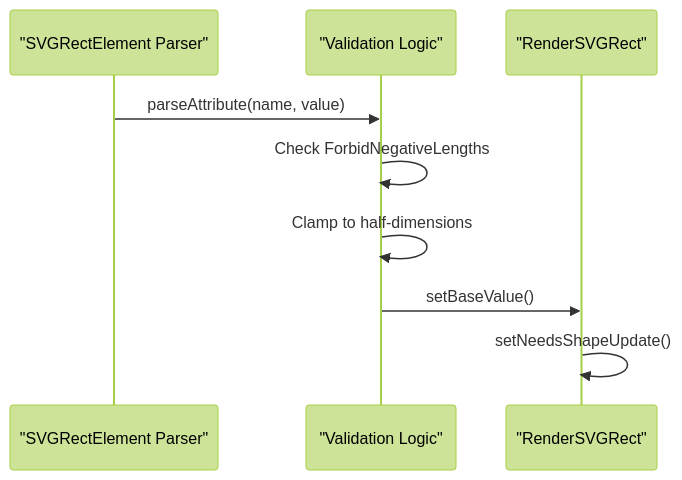
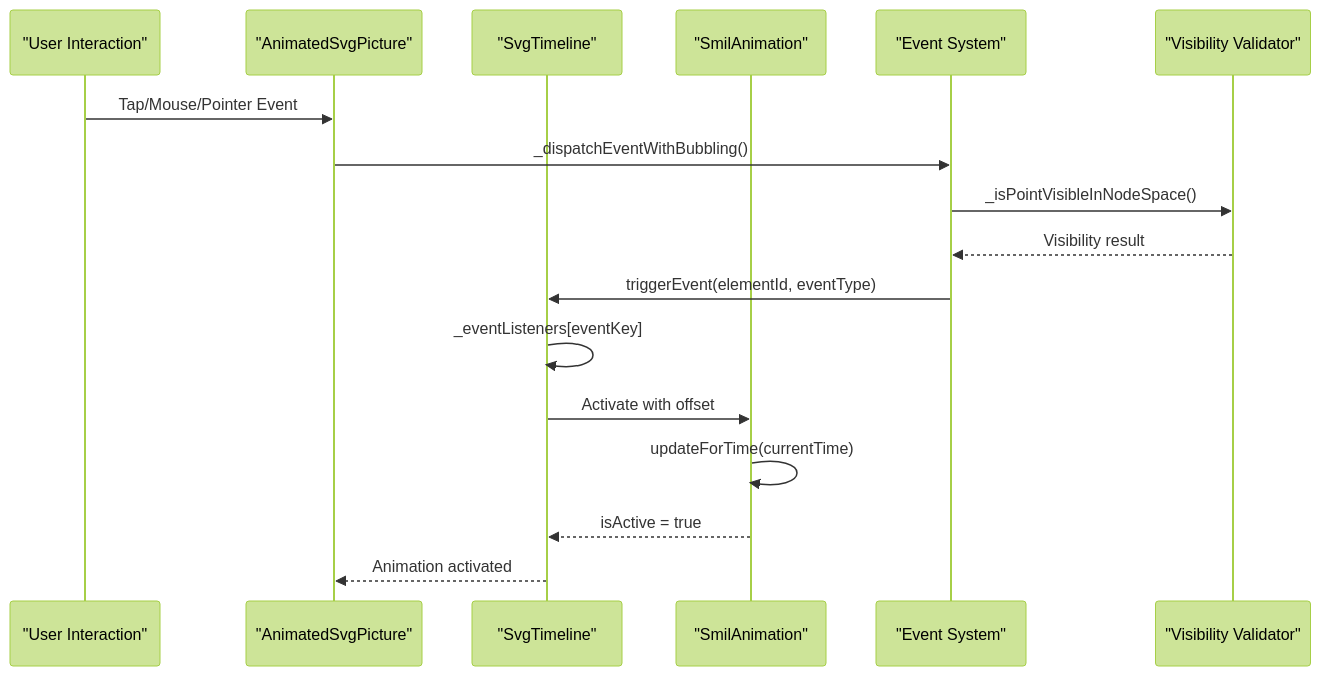
Before and after one commit to denisnadey/flutter_full_svg_support: diagram 22 of 26 in .qoder/repowiki/en/content/Animated SVG Support/Animated SVG Support.md, drawn with Mermaid (forest theme). The commit also changed other lines of this file and 20 other files, not shown here.

First line of the commit message:
feat(svg): implement comprehensive event handling with pointer and gesture support

````diff
--- a/.qoder/repowiki/en/content/Animated SVG Support/Animated SVG Support.md
+++ b/.qoder/repowiki/en/content/Animated SVG Support/Animated SVG Support.md
@@ -603,11 +1050,19 @@
 ```mermaid
 sequenceDiagram
-participant Parser as "SVGRectElement Parser"
-participant Validator as "Validation Logic"
-participant Renderer as "RenderSVGRect"
-Parser->>Validator : parseAttribute(name, value)
-Validator->>Validator : Check ForbidNegativeLengths
-Validator->>Validator : Clamp to half-dimensions
-Validator->>Renderer : setBaseValue()
-Renderer->>Renderer : setNeedsShapeUpdate()
+participant User as "User Interaction"
+participant Widget as "AnimatedSvgPicture"
+participant Timeline as "SvgTimeline"
+participant Anim as "SmilAnimation"
+participant EventSys as "Event System"
+participant Visibility as "Visibility Validator"
+User->>Widget : Tap/Mouse/Pointer Event
+Widget->>EventSys : _dispatchEventWithBubbling()
+EventSys->>Visibility : _isPointVisibleInNodeSpace()
+Visibility-->>EventSys : Visibility result
+EventSys->>Timeline : triggerEvent(elementId, eventType)
+Timeline->>Timeline : _eventListeners[eventKey]
+Timeline->>Anim : Activate with offset
+Anim->>Anim : updateForTime(currentTime)
+Anim-->>Timeline : isActive = true
+Timeline-->>Widget : Animation activated
 ```
````
